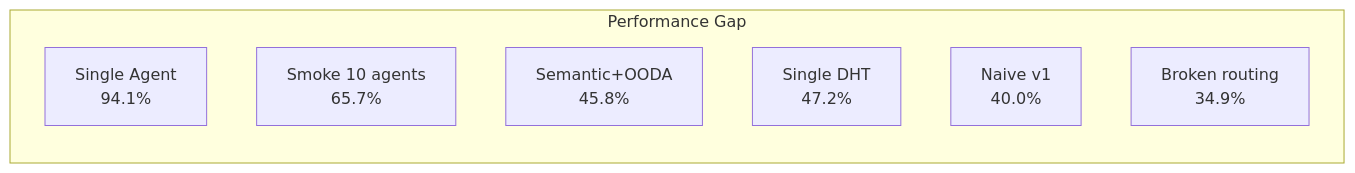
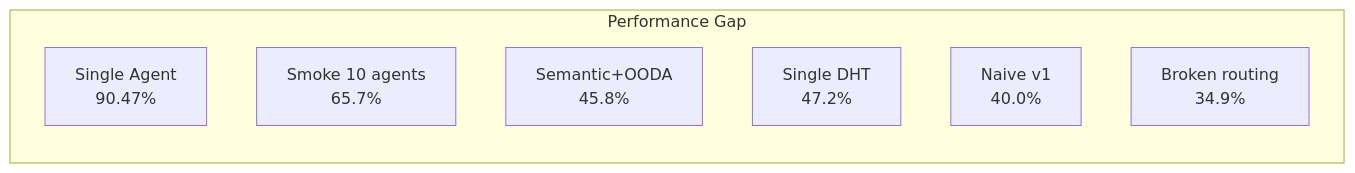
The ninth of 9 diagrams in docs/hive_mind_presentation.md (rysweet/amplihack), drawn with Mermaid before and after one commit. The commit also changed other lines of this file and 3 other files, not shown here.

````diff
--- a/docs/hive_mind_presentation.md
+++ b/docs/hive_mind_presentation.md
@@ -492,12 +504,12 @@
 ```mermaid
 graph LR
     subgraph "Performance Gap"
         direction TB
-        S["Single Agent<br/>94.1%"]
+        S["Single Agent<br/>90.47%"]
         SM["Smoke 10 agents<br/>65.7%"]
         SO["Semantic+OODA<br/>45.8%"]
         SD["Single DHT<br/>47.2%"]
         FN["Naive v1<br/>40.0%"]
         FB["Broken routing<br/>34.9%"]
     end
 ```
````
